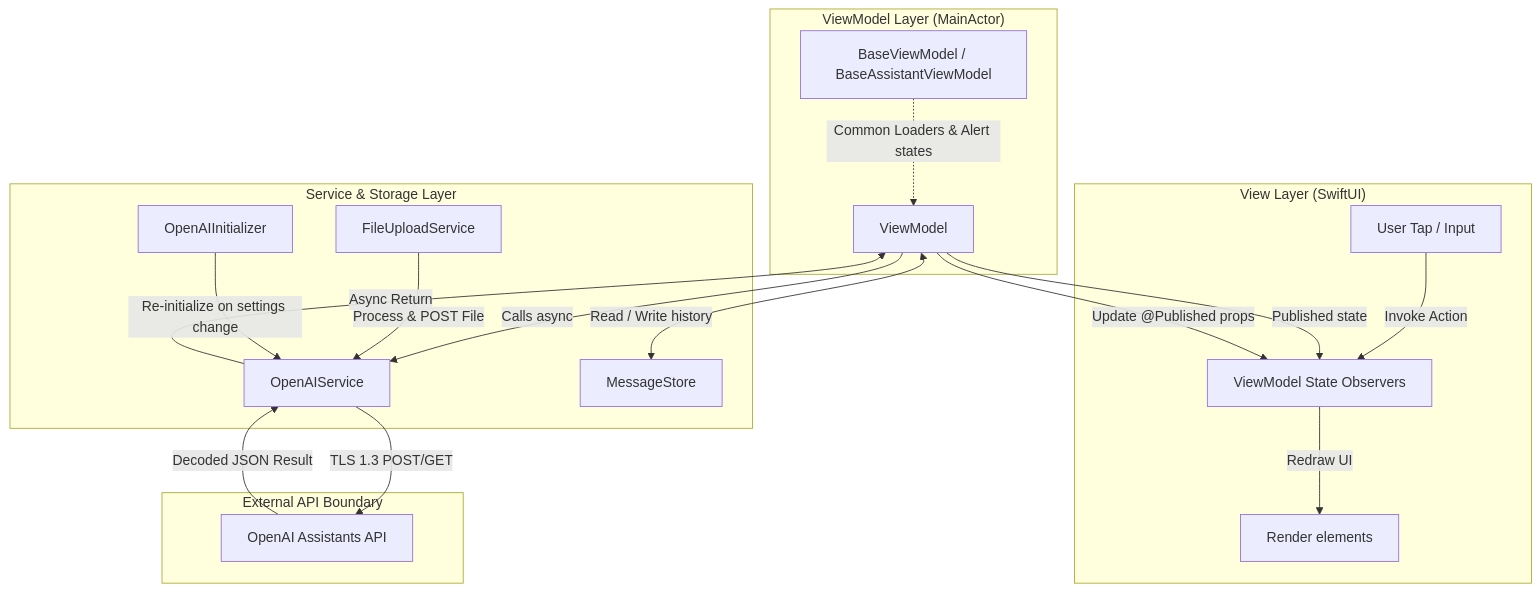
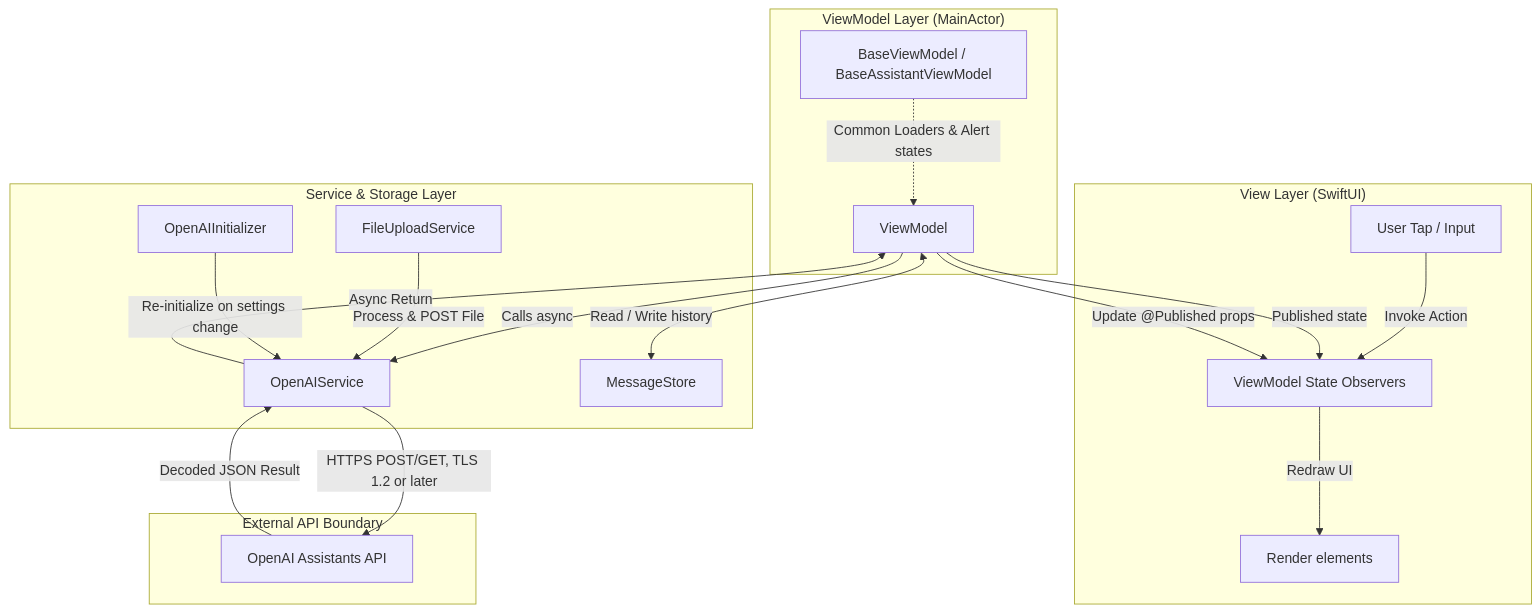
One commit to Gunnarguy/OpenAssistant changed the first of 2 diagrams in ARCHITECTURE.md. Above: the diagram before and after it, drawn with Mermaid. The commit also changed other lines of this file and 10 other files, not shown here.

````diff
--- a/ARCHITECTURE.md
+++ b/ARCHITECTURE.md
@@ -26,28 +26,28 @@
 ```mermaid
 flowchart TD
     subgraph UI ["View Layer (SwiftUI)"]
         A[User Tap / Input] -->|Invoke Action| B[ViewModel State Observers]
         B -->|Redraw UI| UI_Render[Render elements]
     end
 
     subgraph Business ["ViewModel Layer (MainActor)"]
         VM[ViewModel] -->|Published state| B
         VM_Base[BaseViewModel / BaseAssistantViewModel] -.->|Common Loaders & Alert states| VM
     end
 
     subgraph Service ["Service & Storage Layer"]
         VM -->|Calls async| S_API[OpenAIService]
         VM <-->|Read / Write history| P_Msg[MessageStore]
         S_Upload[FileUploadService] -->|Process & POST File| S_API
         S_Init[OpenAIInitializer] -->|Re-initialize on settings change| S_API
     end
 
     subgraph Cloud ["External API Boundary"]
-        S_API -->|TLS 1.3 POST/GET| E_OpenAI[OpenAI Assistants API]
+        S_API -->|HTTPS POST/GET, TLS 1.2 or later| E_OpenAI[OpenAI Assistants API]
     end
 
     %% State flow
     E_OpenAI -->|Decoded JSON Result| S_API
     S_API -->|Async Return| VM
     VM -->|Update @Published props| B
 ```
````
